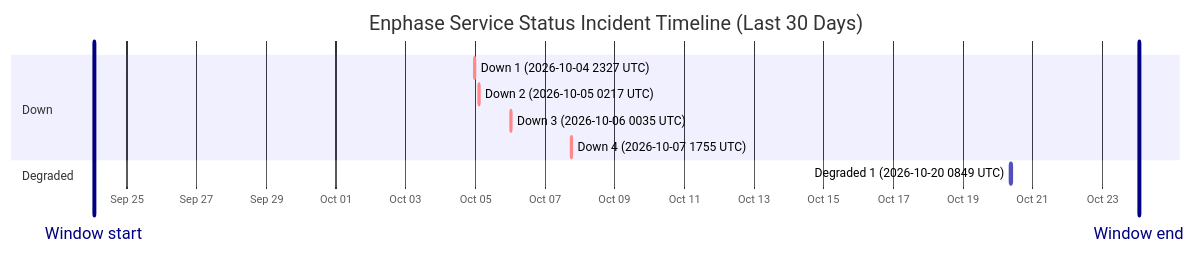
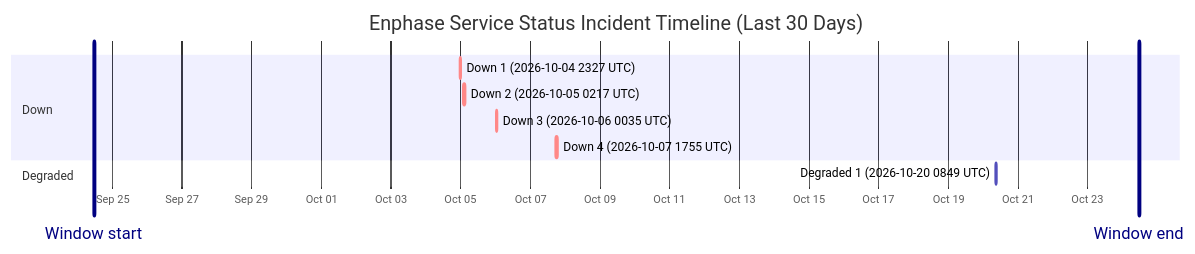
Before and after one commit to barneyonline/ha-enphase-energy: the diagram in wiki/Service-Status-History.md, drawn with Mermaid. The commit also changed other lines of this file and 3 other files, not shown here.

````diff
--- a/wiki/Service-Status-History.md
+++ b/wiki/Service-Status-History.md
@@ -14,15 +14,15 @@
 ```mermaid
 gantt
     title Enphase Service Status Incident Timeline (Last 30 Days)
     dateFormat  YYYY-MM-DDTHH:mm:ss
     axisFormat  %b %d
-    Window start :vert, window-start, 2026-09-24T01:21:51, 0ms
-    Window end :vert, window-end, 2026-10-24T01:21:51, 0ms
+    Window start :vert, window-start, 2026-09-24T11:24:01, 0ms
+    Window end :vert, window-end, 2026-10-24T11:24:01, 0ms
     section Down
     Down 1 (2026-10-04 2327 UTC) :crit, down-1, 2026-10-04T23:27:34, 60m
     Down 2 (2026-10-05 0217 UTC) :crit, down-2, 2026-10-05T02:17:30, 60m
     Down 3 (2026-10-06 0035 UTC) :crit, down-3, 2026-10-06T00:35:21, 60m
     Down 4 (2026-10-07 1755 UTC) :crit, down-4, 2026-10-07T17:55:16, 60m
     section Degraded
     Degraded 1 (2026-10-20 0849 UTC) :active, degraded-1, 2026-10-20T08:49:49, 60m
 ```
````
